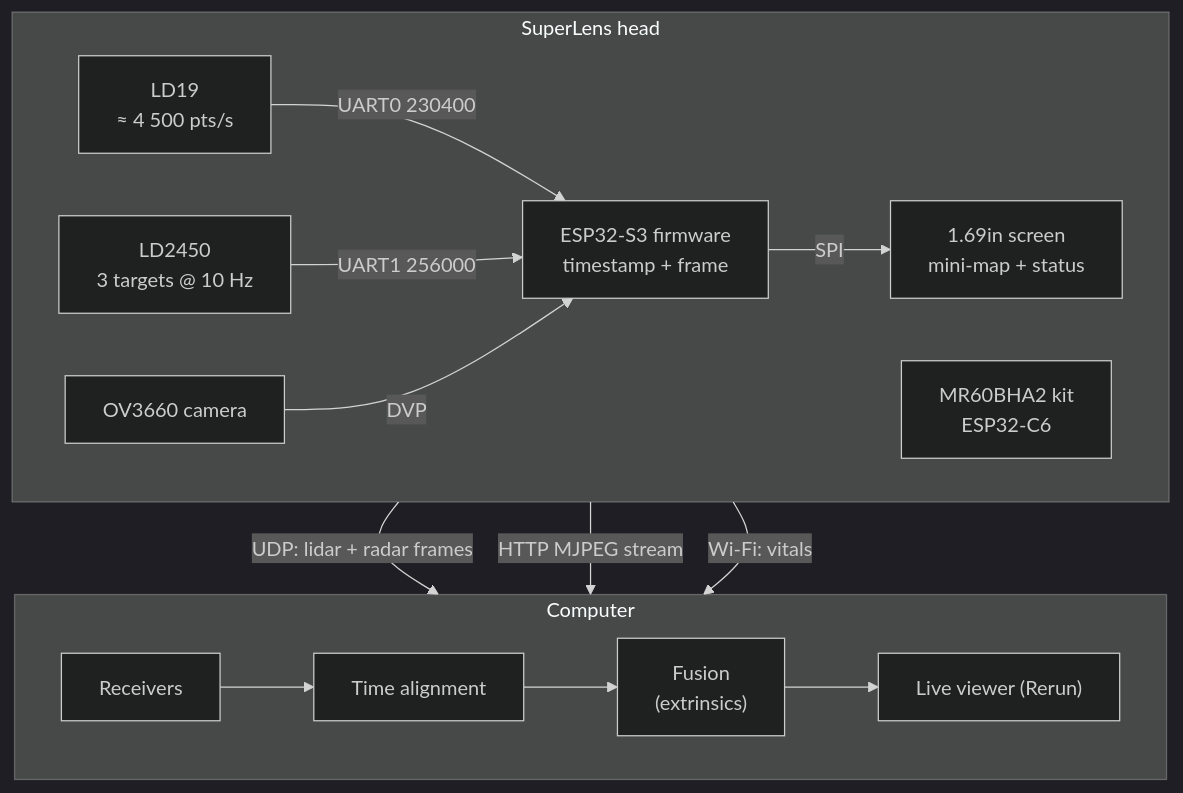
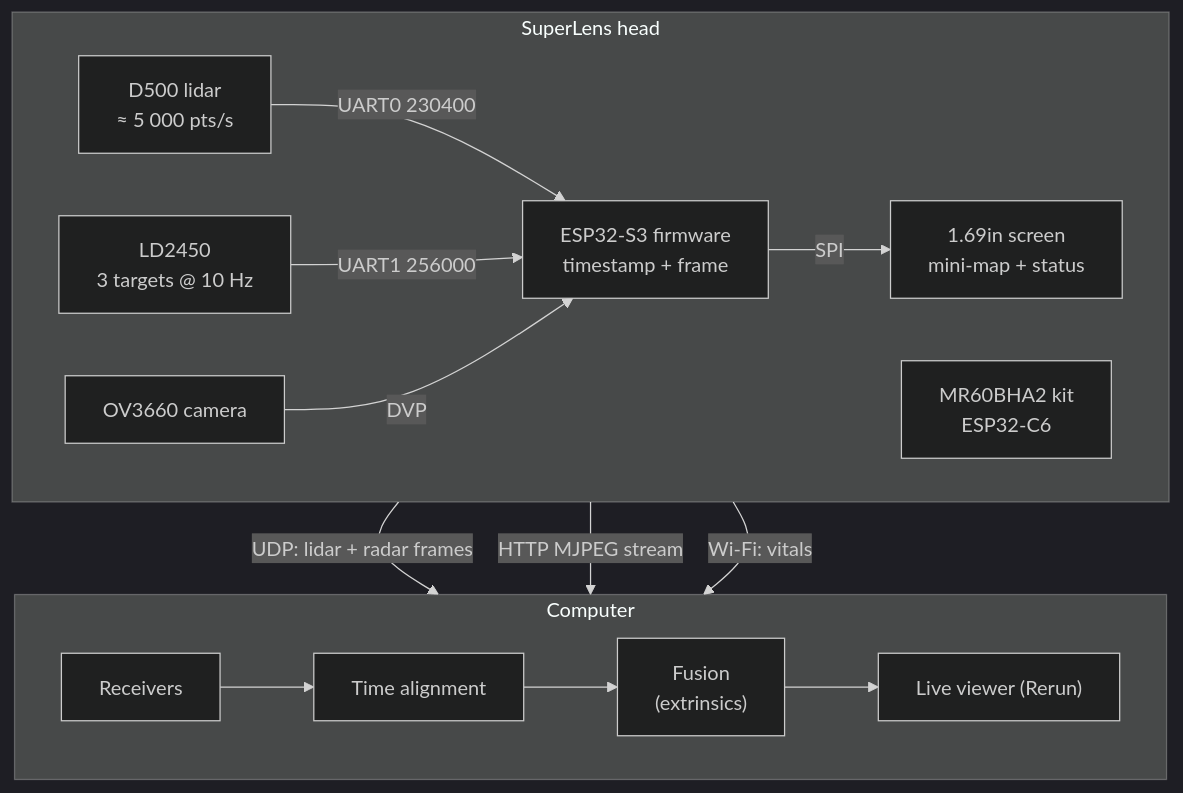
Before and after one commit to SebastienTr/Marvin: the diagram in docs/architecture.md, drawn with Mermaid (dark theme). The commit also changed other lines of this file and 7 other files, not shown here.

````diff
--- a/docs/architecture.md
+++ b/docs/architecture.md
@@ -7,19 +7,19 @@
 ```mermaid
 flowchart TB
   subgraph Device["SuperLens head"]
     direction LR
-    LD19["LD19<br/>≈ 4 500 pts/s"] -->|UART0 230400| FW
+    LID["D500 lidar<br/>≈ 5 000 pts/s"] -->|UART0 230400| FW
     LD2450["LD2450<br/>3 targets @ 10 Hz"] -->|UART1 256000| FW
     CAM["OV3660 camera"] -->|DVP| FW
     FW["ESP32-S3 firmware<br/>timestamp + frame"]
     FW -->|"SPI"| LCD["1.69in screen<br/>mini-map + status"]
     MR60["MR60BHA2 kit<br/>ESP32-C6"]
   end
   FW -->|"UDP: lidar + radar frames"| HOST
   FW -->|"HTTP MJPEG stream"| HOST
   MR60 -->|"Wi-Fi: vitals"| HOST
   subgraph HOST["Computer"]
     direction LR
     RX["Receivers"] --> SYNC["Time alignment"] --> FUSE["Fusion<br/>(extrinsics)"] --> VIEW["Live viewer (Rerun)"]
   end
 ```
````
